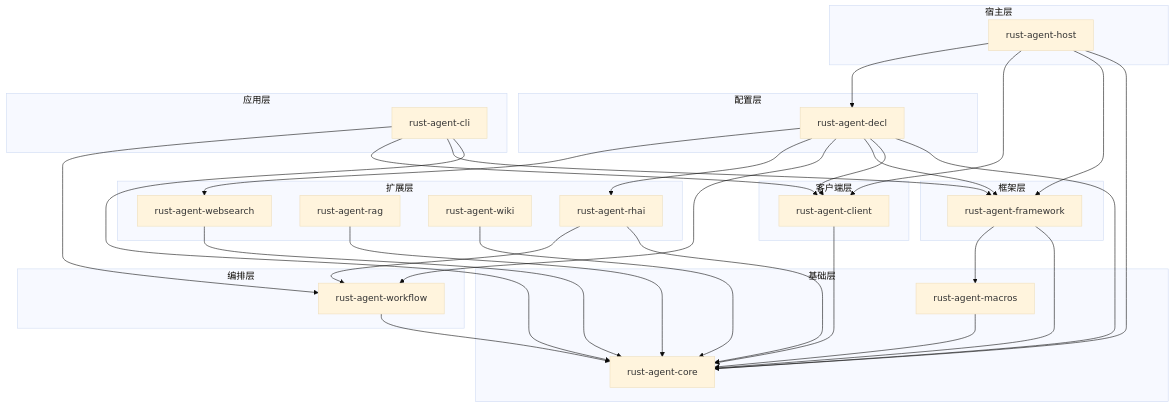
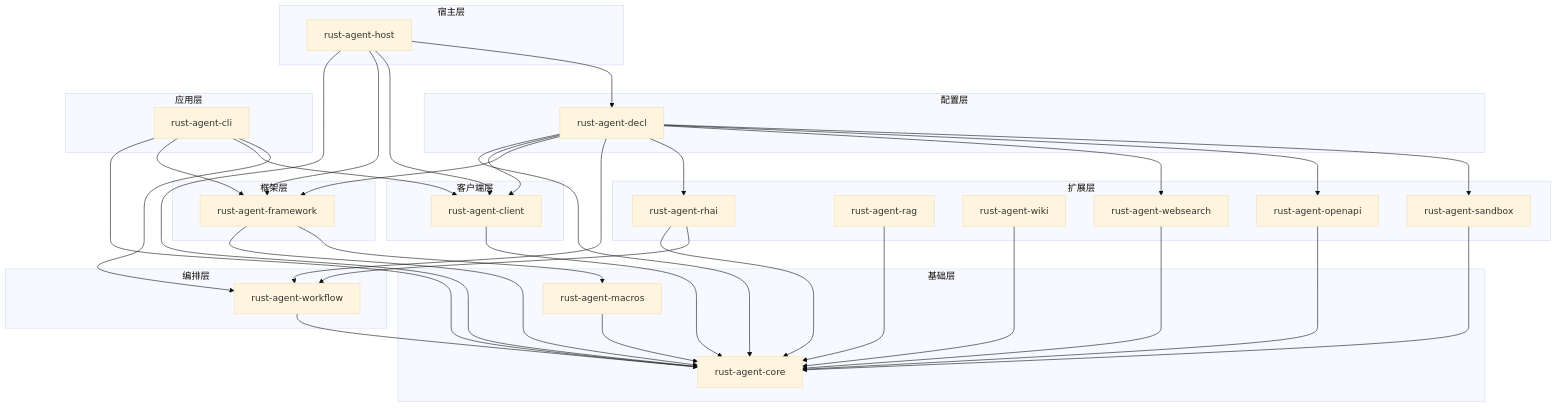
Before and after one commit to Rust-Framework/rust-agent-framework: the diagram in docs/15-appendix/crate-dependency-graph.md, drawn with Mermaid (base theme). The commit also changed other lines of this file and 16 other files, not shown here.

````diff
--- a/docs/15-appendix/crate-dependency-graph.md
+++ b/docs/15-appendix/crate-dependency-graph.md
@@ -5,63 +5,69 @@
 ```mermaid
 graph TD
     subgraph "基础层"
         CORE[rust-agent-core]
         MACROS[rust-agent-macros]
     end
 
     subgraph "客户端层"
         CLIENT[rust-agent-client]
     end
 
     subgraph "框架层"
         FRAMEWORK[rust-agent-framework]
     end
 
     subgraph "编排层"
         WORKFLOW[rust-agent-workflow]
     end
 
     subgraph "配置层"
         DECL[rust-agent-decl]
     end
 
     subgraph "扩展层"
         WEBSEARCH[rust-agent-websearch]
         RAG[rust-agent-rag]
         WIKI[rust-agent-wiki]
+        OPENAPI[rust-agent-openapi]
+        SANDBOX[rust-agent-sandbox]
         RHAI[rust-agent-rhai]
     end
 
     subgraph "宿主层"
         HOST[rust-agent-host]
     end
 
     subgraph "应用层"
         CLI[rust-agent-cli]
     end
 
     MACROS --> CORE
     CLIENT --> CORE
     FRAMEWORK --> CORE
     FRAMEWORK --> MACROS
     WORKFLOW --> CORE
     WEBSEARCH --> CORE
     RAG --> CORE
     WIKI --> CORE
+    OPENAPI --> CORE
+    SANDBOX --> CORE
     RHAI --> CORE
     RHAI --> WORKFLOW
     DECL --> CORE
     DECL --> CLIENT
     DECL --> FRAMEWORK
     DECL --> WORKFLOW
     DECL --> RHAI
     DECL --> WEBSEARCH
+    DECL --> OPENAPI
+    DECL --> SANDBOX
     HOST --> CORE
     HOST --> FRAMEWORK
     HOST --> CLIENT
     HOST --> DECL
     CLI --> CORE
     CLI --> FRAMEWORK
     CLI --> CLIENT
     CLI --> WORKFLOW
 ```
````
